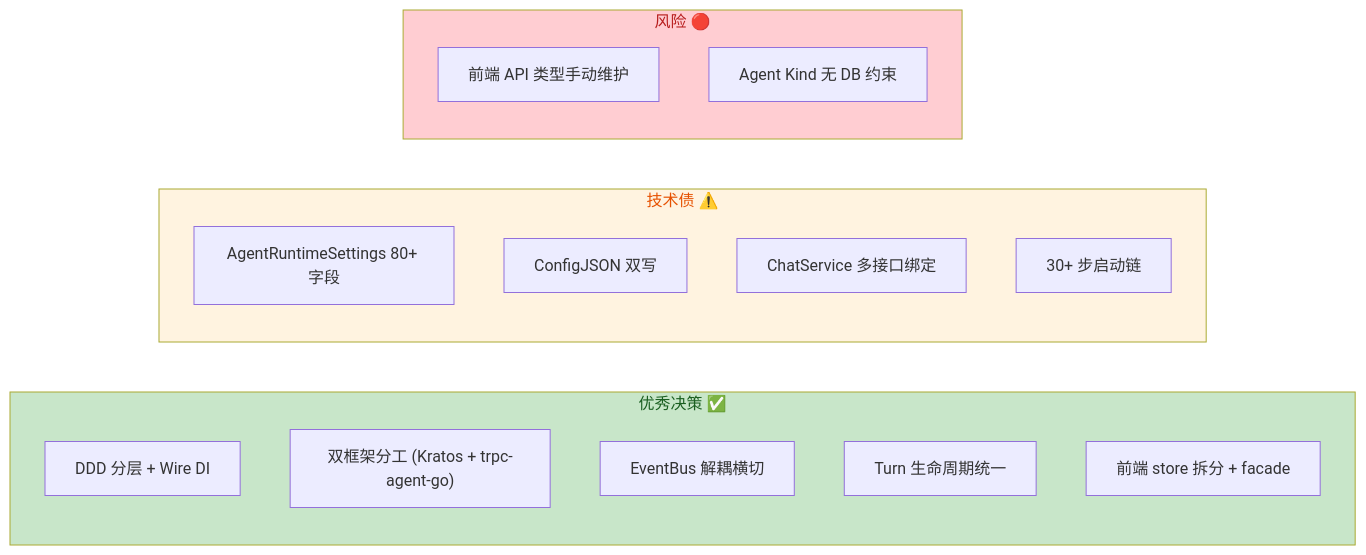
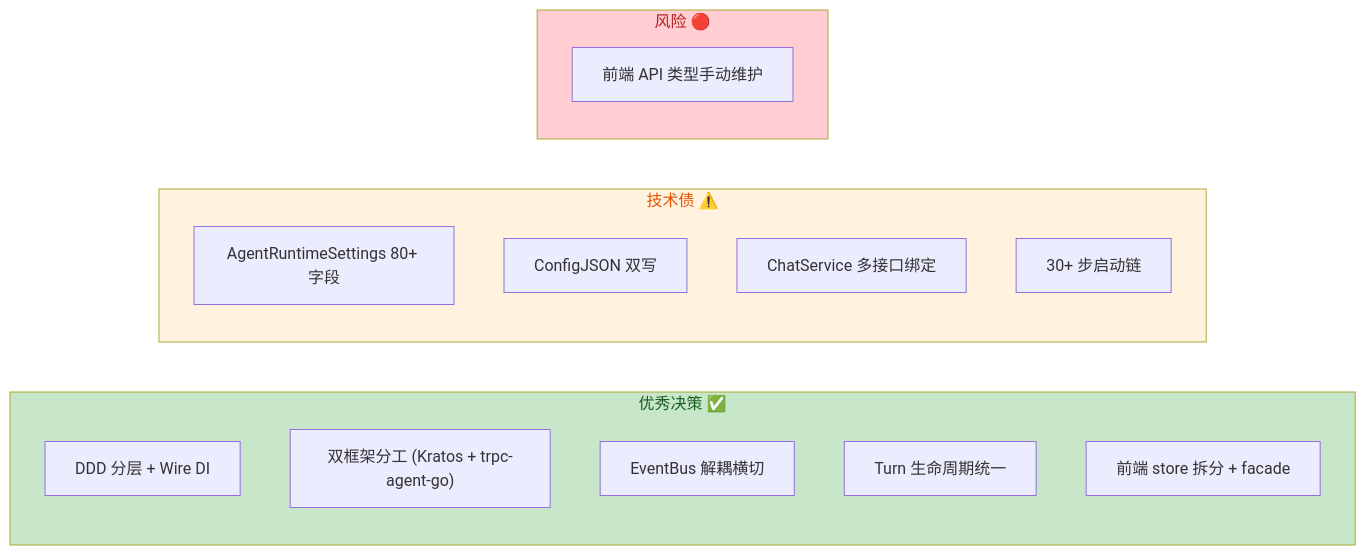
Before and after one commit to AmarsDing/aranea-agents: the second of 9 diagrams in docs/review/full-project-review.md, drawn with Mermaid. The commit also changed other lines of this file and 80 other files, not shown here.

````diff
--- a/docs/review/full-project-review.md
+++ b/docs/review/full-project-review.md
@@ -261,26 +264,25 @@
 ```mermaid
 flowchart LR
     subgraph Good["优秀决策 ✅"]
         G1["DDD 分层 + Wire DI"]
         G2["双框架分工 (Kratos + trpc-agent-go)"]
         G3["EventBus 解耦横切"]
         G4["Turn 生命周期统一"]
         G5["前端 store 拆分 + facade"]
     end
 
     subgraph Debt["技术债 ⚠️"]
         D1["AgentRuntimeSettings 80+ 字段"]
         D2["ConfigJSON 双写"]
         D3["ChatService 多接口绑定"]
         D4["30+ 步启动链"]
     end
 
     subgraph Risk["风险 🔴"]
         R1["前端 API 类型手动维护"]
-        R2["Agent Kind 无 DB 约束"]
     end
 
     style Good fill:#c8e6c9,color:#1a5e20
     style Debt fill:#fff3e0,color:#e65100
     style Risk fill:#ffcdd2,color:#b71c1c
 ```
````
